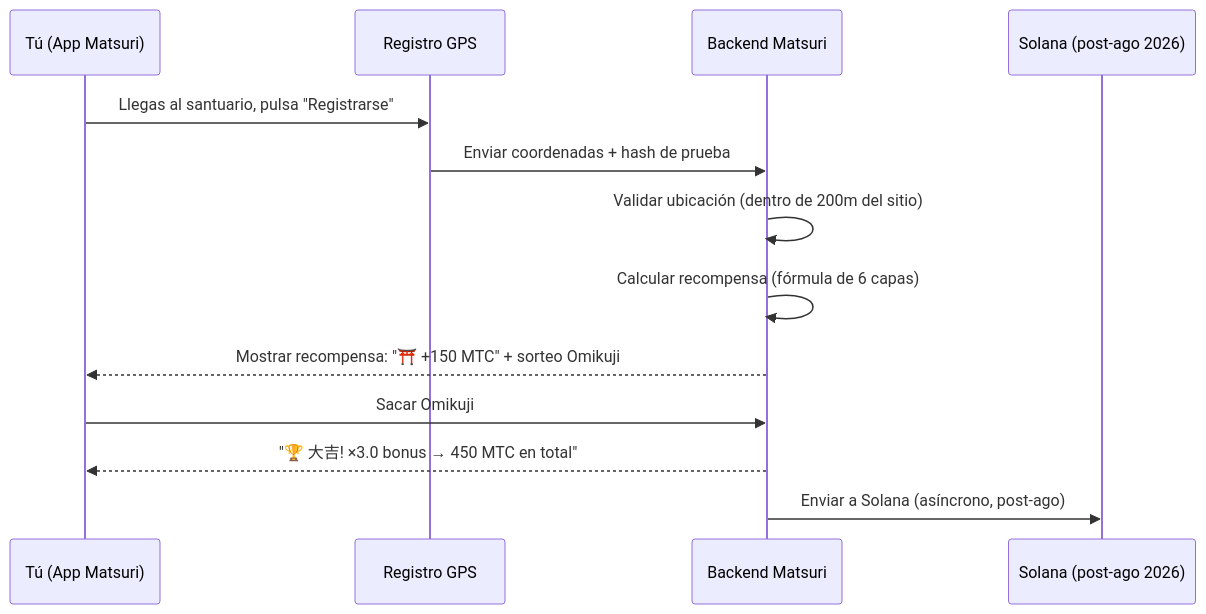
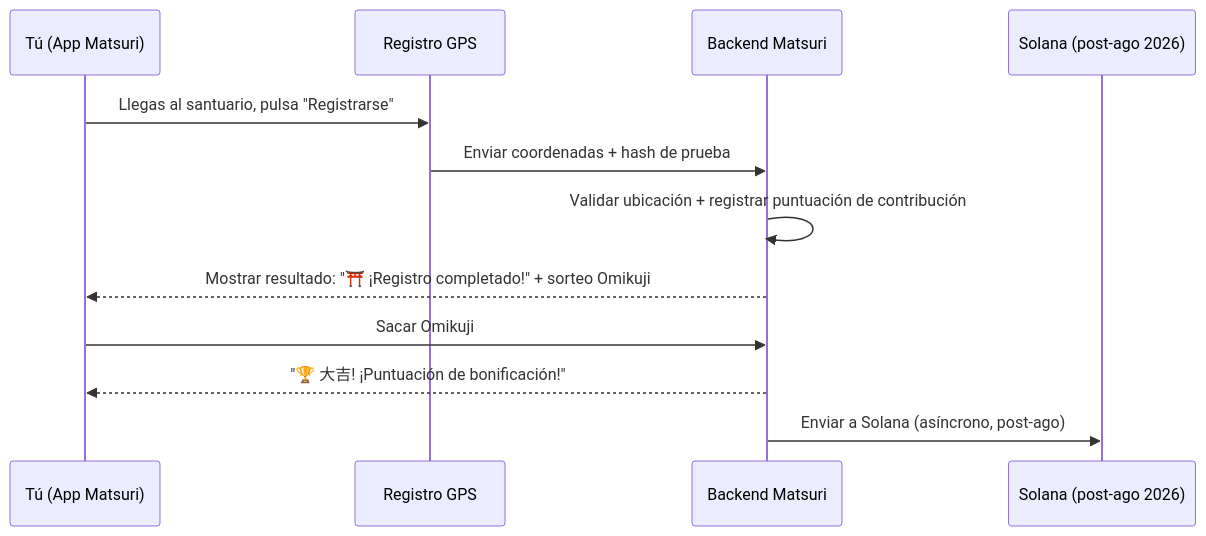
The second of 3 diagrams in i18n/es/docusaurus-plugin-content-docs/current/04b-how-to-earn.md (Cootakahashi/matsuri-dao-whitepaper), drawn with Mermaid before and after one commit. The commit also changed other lines of this file and 51 other files, not shown here.

````diff
--- a/i18n/es/docusaurus-plugin-content-docs/current/04b-how-to-earn.md
+++ b/i18n/es/docusaurus-plugin-content-docs/current/04b-how-to-earn.md
@@ -76,16 +76,15 @@
 ```mermaid
 sequenceDiagram
     participant U as Tú (App Matsuri)
     participant GPS as Registro GPS
     participant API as Backend Matsuri
     participant SC as Solana (post-ago 2026)
 
     U->>GPS: Llegas al santuario, pulsa "Registrarse"
     GPS->>API: Enviar coordenadas + hash de prueba
-    API->>API: Validar ubicación (dentro de 200m del sitio)
-    API->>API: Calcular recompensa (fórmula de 6 capas)
-    API-->>U: Mostrar recompensa: "⛩️ +150 MTC" + sorteo Omikuji
+    API->>API: Validar ubicación + registrar puntuación de contribución
+    API-->>U: Mostrar resultado: "⛩️ ¡Registro completado!" + sorteo Omikuji
     U->>API: Sacar Omikuji
-    API-->>U: "🏆 大吉! ×3.0 bonus → 450 MTC en total"
+    API-->>U: "🏆 大吉! ¡Puntuación de bonificación!"
     API->>SC: Enviar a Solana (asíncrono, post-ago)
 ```
````
